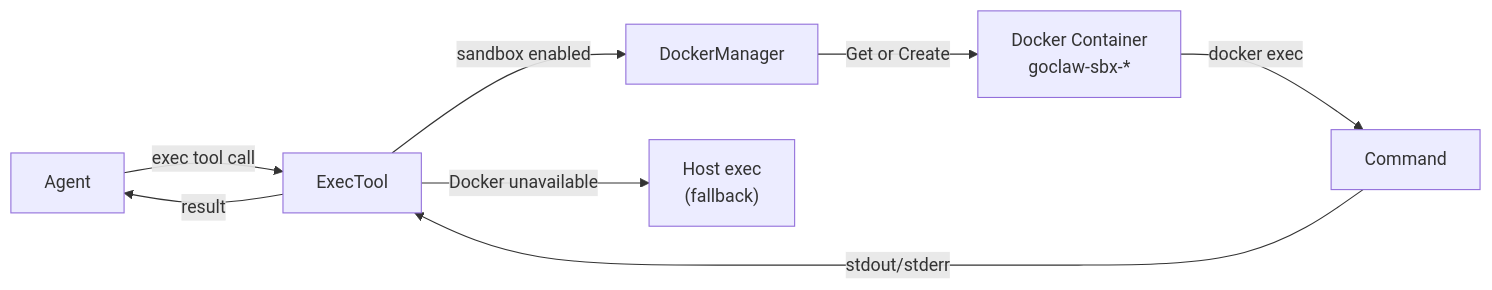
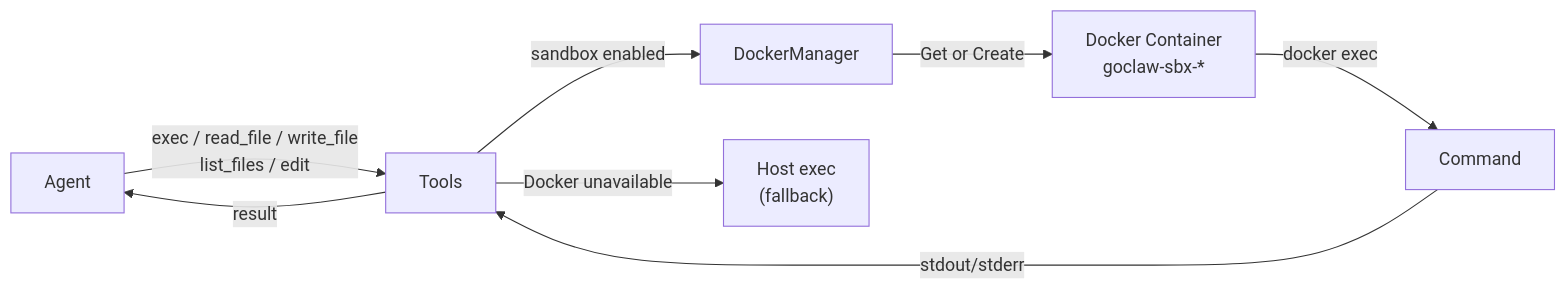
One commit to nextlevelbuilder/goclaw-docs changed the diagram in advanced/sandbox.md. Above: the diagram before and after it, drawn with Mermaid. The commit also changed other lines of this file and 29 other files, not shown here.

````diff
--- a/advanced/sandbox.md
+++ b/advanced/sandbox.md
@@ -11,10 +11,10 @@
 ```mermaid
 graph LR
-    Agent -->|exec tool call| ExecTool
-    ExecTool -->|sandbox enabled| DockerManager
+    Agent -->|exec / read_file / write_file\nlist_files / edit| Tools
+    Tools -->|sandbox enabled| DockerManager
     DockerManager -->|Get or Create| Container["Docker Container\ngoclaw-sbx-*"]
     Container -->|docker exec| Command
-    Command -->|stdout/stderr| ExecTool
-    ExecTool -->|result| Agent
-    ExecTool -->|Docker unavailable| HostExec["Host exec\n(fallback)"]
+    Command -->|stdout/stderr| Tools
+    Tools -->|result| Agent
+    Tools -->|Docker unavailable| HostExec["Host exec\n(fallback)"]
 ```
````
